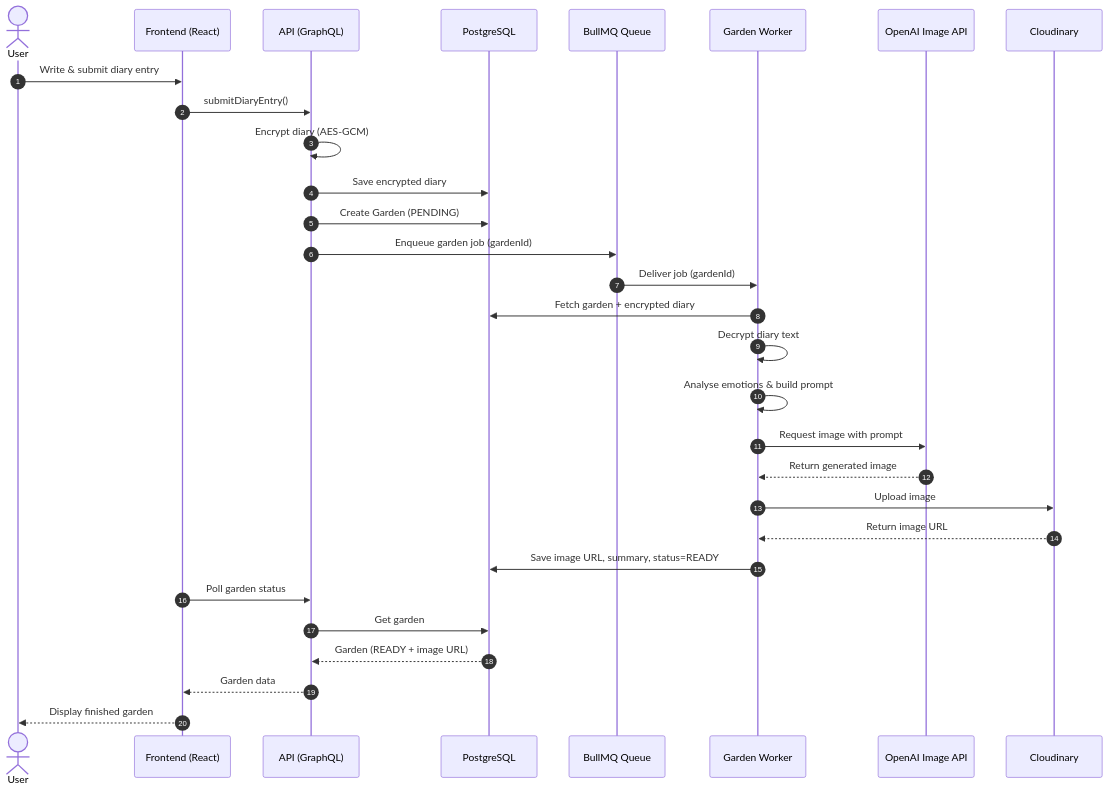
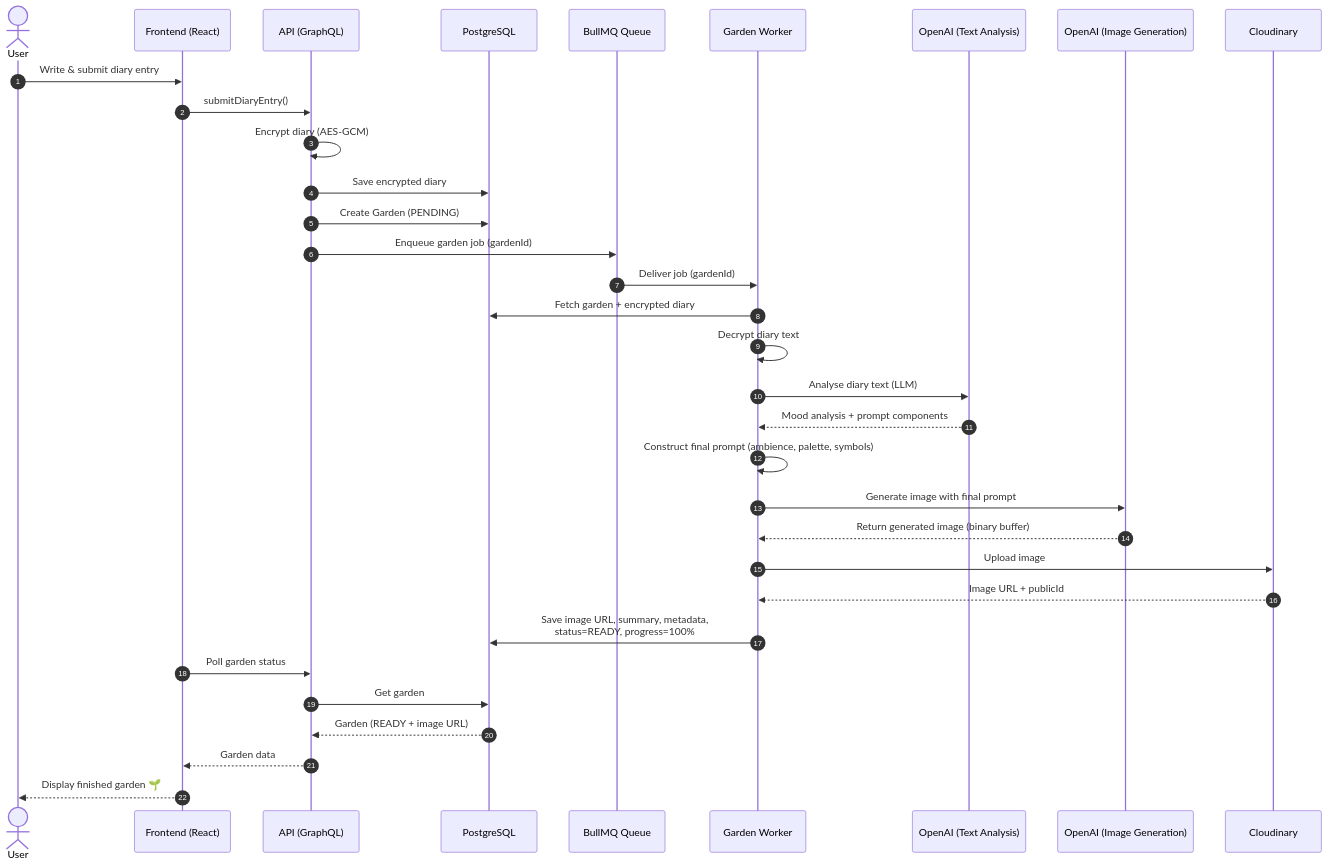
The diagram in README.md (alexrobincrabbe/MoodGardens-Frontend), drawn with Mermaid before and after one commit. The commit also changed other lines of this file, not shown here.

````diff
--- a/README.md
+++ b/README.md
@@ -88,36 +102,47 @@
 ```mermaid
 sequenceDiagram
     autonumber
 
     actor User
     participant Frontend as Frontend (React)
     participant API as API (GraphQL)
     participant DB as PostgreSQL
     participant Queue as BullMQ Queue
     participant Worker as Garden Worker
-    participant OpenAI as OpenAI Image API
+    participant OpenAI_Text as OpenAI (Text Analysis)
+    participant OpenAI_Image as OpenAI (Image Generation)
     participant Cloudinary
 
     User->>Frontend: Write & submit diary entry
     Frontend->>API: submitDiaryEntry()
     API->>API: Encrypt diary (AES-GCM)
     API->>DB: Save encrypted diary
     API->>DB: Create Garden (PENDING)
     API->>Queue: Enqueue garden job (gardenId)
 
     Queue->>Worker: Deliver job (gardenId)
     Worker->>DB: Fetch garden + encrypted diary
     Worker->>Worker: Decrypt diary text
-    Worker->>Worker: Analyse emotions & build prompt
-    Worker->>OpenAI: Request image with prompt
-    OpenAI-->>Worker: Return generated image
+
+    %% Text analysis
+    Worker->>OpenAI_Text: Analyse diary text (LLM)
+    OpenAI_Text-->>Worker: Mood analysis + prompt components
+
+    Worker->>Worker: Construct final prompt (ambience, palette, symbols)
+
+    %% Image generation
+    Worker->>OpenAI_Image: Generate image with final prompt
+    OpenAI_Image-->>Worker: Return generated image (binary buffer)
+
     Worker->>Cloudinary: Upload image
-    Cloudinary-->>Worker: Return image URL
-    Worker->>DB: Save image URL, summary, status=READY
+    Cloudinary-->>Worker: Image URL + publicId
+
+    Worker->>DB: Save image URL, summary, metadata,<br/>status=READY, progress=100%
 
     Frontend->>API: Poll garden status
     API->>DB: Get garden
     DB-->>API: Garden (READY + image URL)
     API-->>Frontend: Garden data
-    Frontend-->>User: Display finished garden
+    Frontend-->>User: Display finished garden 🌱
+
 ```
````
